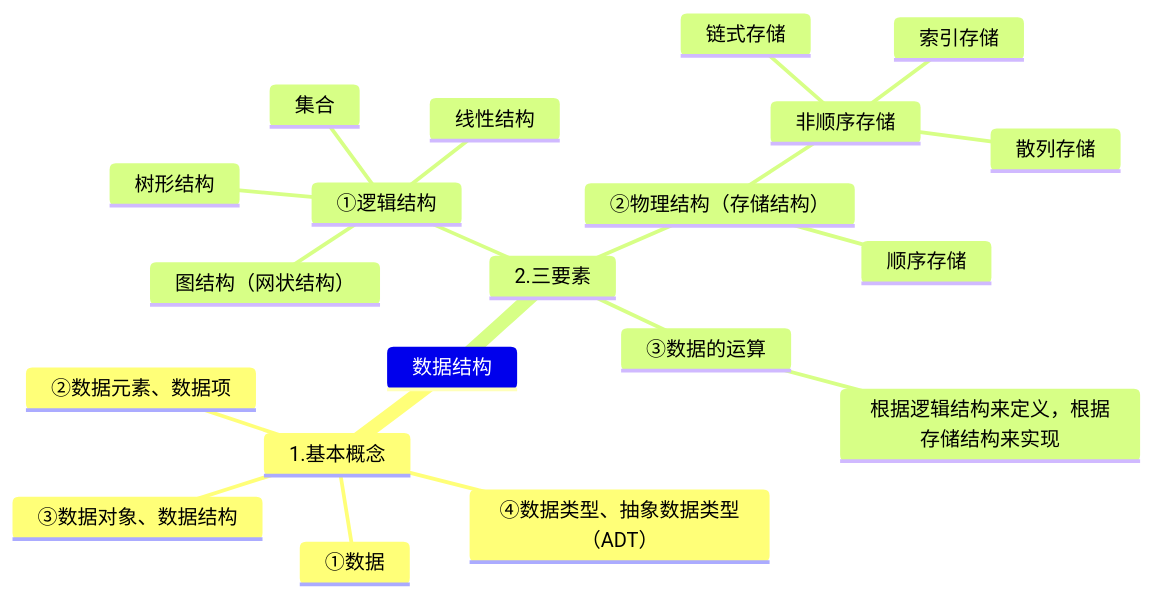
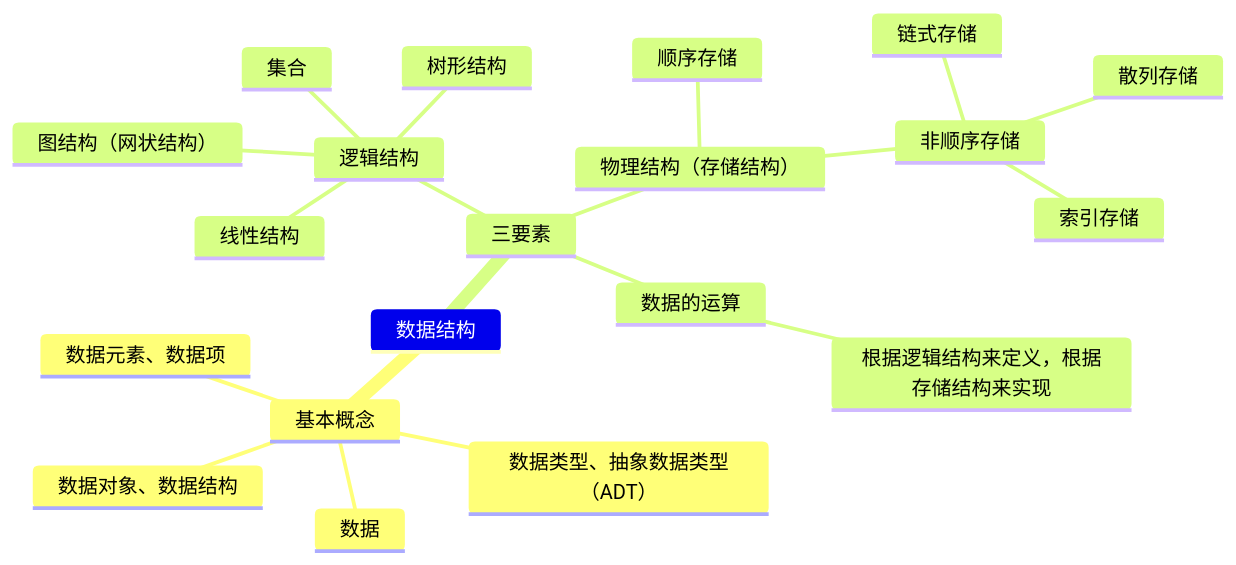
One commit to novpath/Data-Structure changed the first of 15 diagrams in 数据结构.md. Above: the diagram before and after it, drawn with Mermaid. The commit also changed other lines of this file and 11 other files, not shown here.

````diff
--- a/数据结构.md
+++ b/数据结构.md
@@ -7,23 +7,23 @@
 ```mermaid
 mindmap
     数据结构
-        1.基本概念
-            ①数据
-            ②数据元素、数据项
-            ③数据对象、数据结构
-            ④数据类型、抽象数据类型（ADT）
-        2.三要素
-            ①逻辑结构
+        基本概念
+            数据
+            数据元素、数据项
+            数据对象、数据结构
+            数据类型、抽象数据类型（ADT）
+        三要素
+            逻辑结构
                 集合
                 线性结构
                 树形结构
                 图结构（网状结构）
-            ②物理结构（存储结构）
+            物理结构（存储结构）
                 顺序存储
                 非顺序存储
                     链式存储
                     索引存储
                     散列存储
-            ③数据的运算
+            数据的运算
                 根据逻辑结构来定义，根据存储结构来实现
 ```
````
